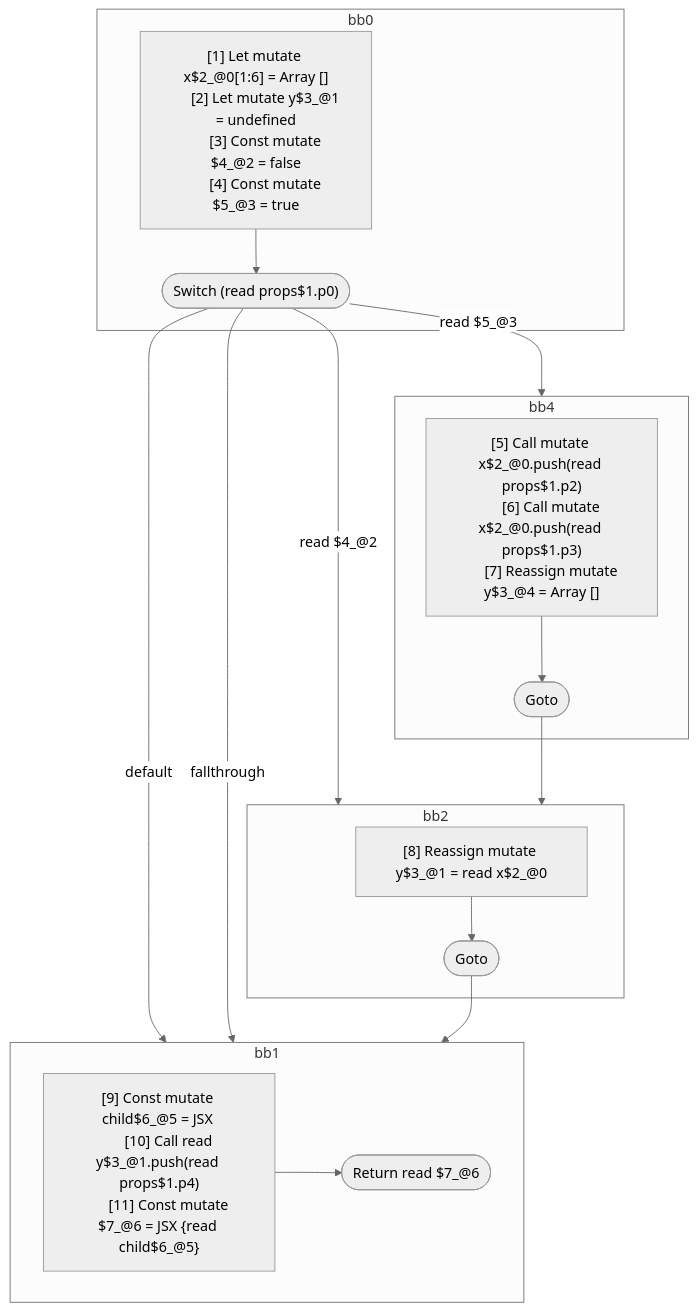
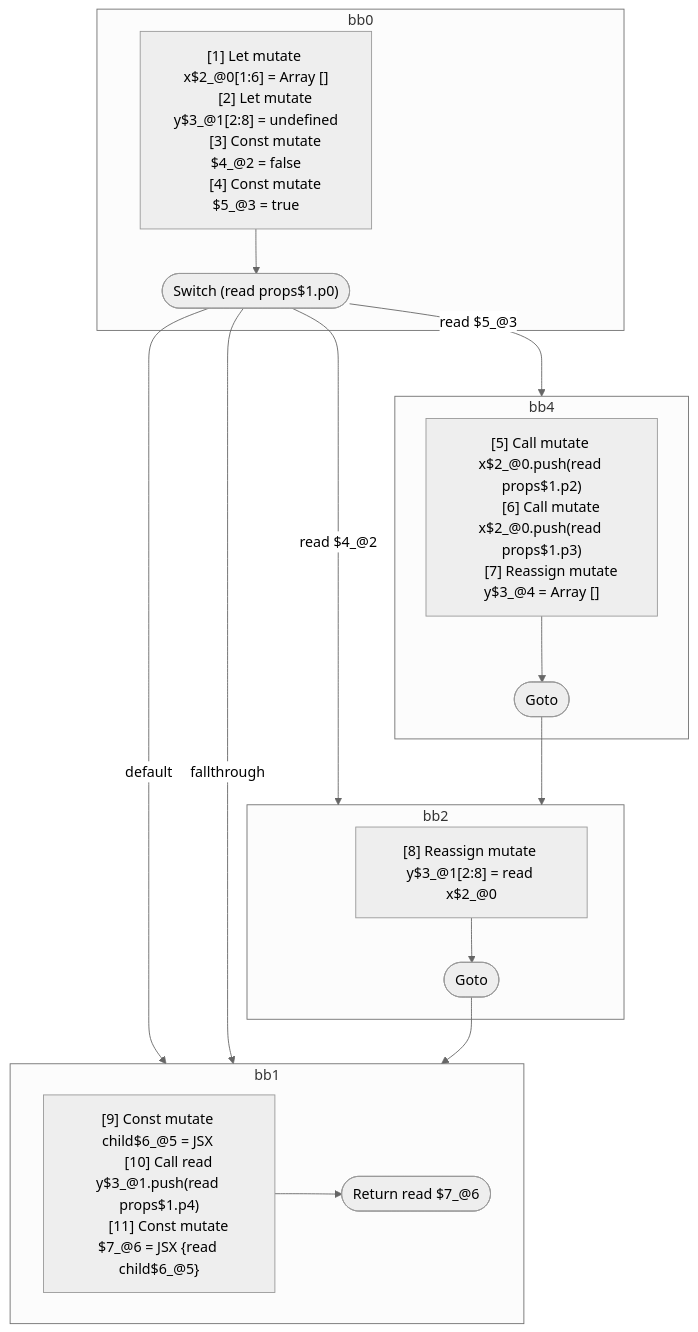
One commit to wutsmog/private changed the diagram in compiler/forget/src/__tests__/fixtures/hir/switch.expect.md. Above: the diagram before and after it, drawn with Mermaid (neutral theme). The commit also changed other lines of this file and 33 other files, not shown here.

````diff
--- a/compiler/forget/src/__tests__/fixtures/hir/switch.expect.md
+++ b/compiler/forget/src/__tests__/fixtures/hir/switch.expect.md
@@ -59,44 +59,44 @@
 ```mermaid
 flowchart TB
   %% Basic Blocks
   subgraph bb0
     bb0_instrs["
       [1] Let mutate x$2_@0[1:6] = Array []
-      [2] Let mutate y$3_@1 = undefined
+      [2] Let mutate y$3_@1[2:8] = undefined
       [3] Const mutate $4_@2 = false
       [4] Const mutate $5_@3 = true
     "]
     bb0_instrs --> bb0_terminal(["Switch (read props$1.p0)"])
   end
   subgraph bb4
     bb4_instrs["
       [5] Call mutate x$2_@0.push(read props$1.p2)
       [6] Call mutate x$2_@0.push(read props$1.p3)
       [7] Reassign mutate y$3_@4 = Array []
     "]
     bb4_instrs --> bb4_terminal(["Goto"])
   end
   subgraph bb2
     bb2_instrs["
-      [8] Reassign mutate y$3_@1 = read x$2_@0
+      [8] Reassign mutate y$3_@1[2:8] = read x$2_@0
     "]
     bb2_instrs --> bb2_terminal(["Goto"])
   end
   subgraph bb1
     bb1_instrs["
       [9] Const mutate child$6_@5 = JSX <read Component$0 data={freeze x$2_@0} ></read Component$0>
       [10] Call read y$3_@1.push(read props$1.p4)
       [11] Const mutate $7_@6 = JSX <read Component$0 data={read y$3_@1} >{read child$6_@5}</read Component$0>
     "]
     bb1_instrs --> bb1_terminal(["Return read $7_@6"])
   end
 
   %% Jumps
   bb0_terminal -- read $5_@3 --> bb4
   bb0_terminal -- read $4_@2 --> bb2
   bb0_terminal -- default --> bb1
   bb0_terminal -- fallthrough --> bb1
   bb4_terminal --> bb2
   bb2_terminal --> bb1
 
 ```
````
